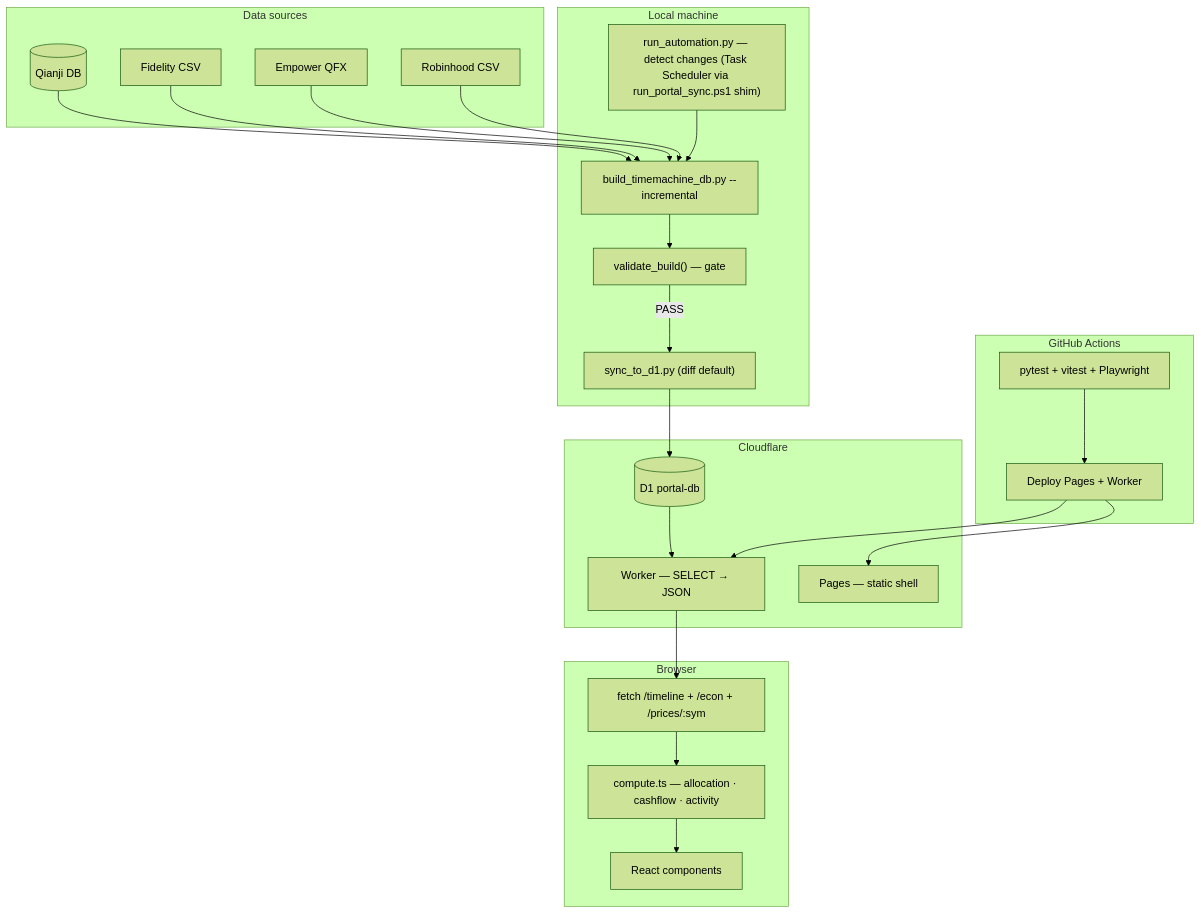
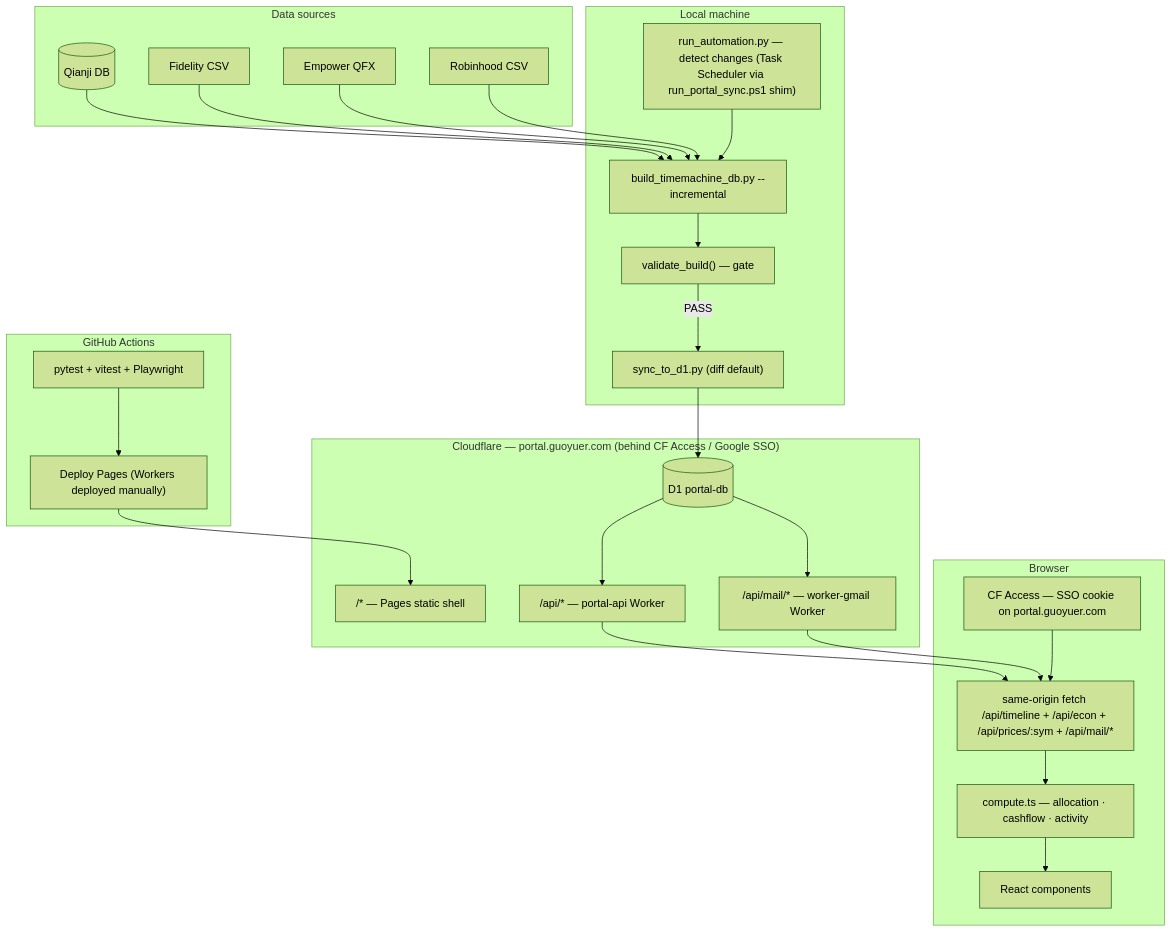
The diagram in docs/ARCHITECTURE.md (Guoyuer/portal), drawn with Mermaid (forest theme) before and after one commit. The commit also changed other lines of this file and 1 other file, not shown here.

````diff
--- a/docs/ARCHITECTURE.md
+++ b/docs/ARCHITECTURE.md
@@ -7,39 +7,43 @@
 ```mermaid
 graph TB
     subgraph Local["Local machine"]
         DETECT["run_automation.py — detect changes (Task Scheduler via run_portal_sync.ps1 shim)"]
         BUILD["build_timemachine_db.py --incremental"]
         VALIDATE["validate_build() — gate"]
         DIFF["sync_to_d1.py (diff default)"]
     end
 
     subgraph Sources["Data sources"]
         QJ[(Qianji DB)]
         FID[Fidelity CSV]
         QFX[Empower QFX]
         RH[Robinhood CSV]
     end
 
-    subgraph Cloud["Cloudflare"]
+    subgraph Cloud["Cloudflare — portal.guoyuer.com (behind CF Access / Google SSO)"]
         D1[(D1 portal-db)]
-        WORKER["Worker — SELECT → JSON"]
-        PAGES["Pages — static shell"]
+        PAGES["/* — Pages static shell"]
+        WORKER_API["/api/* — portal-api Worker"]
+        WORKER_MAIL["/api/mail/* — worker-gmail Worker"]
     end
 
     subgraph Frontend["Browser"]
-        FETCH["fetch /timeline + /econ + /prices/:sym"]
+        ACCESS["CF Access — SSO cookie on portal.guoyuer.com"]
+        FETCH["same-origin fetch /api/timeline + /api/econ + /api/prices/:sym + /api/mail/*"]
         COMPUTE["compute.ts — allocation · cashflow · activity"]
         UI["React components"]
     end
 
     subgraph CI["GitHub Actions"]
         TEST["pytest + vitest + Playwright"]
-        DEPLOY["Deploy Pages + Worker"]
+        DEPLOY["Deploy Pages (Workers deployed manually)"]
     end
 
     QJ & FID & QFX & RH --> BUILD
     DETECT --> BUILD --> VALIDATE
     VALIDATE -->|PASS| DIFF --> D1
-    D1 --> WORKER --> FETCH --> COMPUTE --> UI
-    TEST --> DEPLOY --> PAGES & WORKER
+    D1 --> WORKER_API --> FETCH
+    D1 --> WORKER_MAIL --> FETCH
+    ACCESS --> FETCH --> COMPUTE --> UI
+    TEST --> DEPLOY --> PAGES
 ```
````
